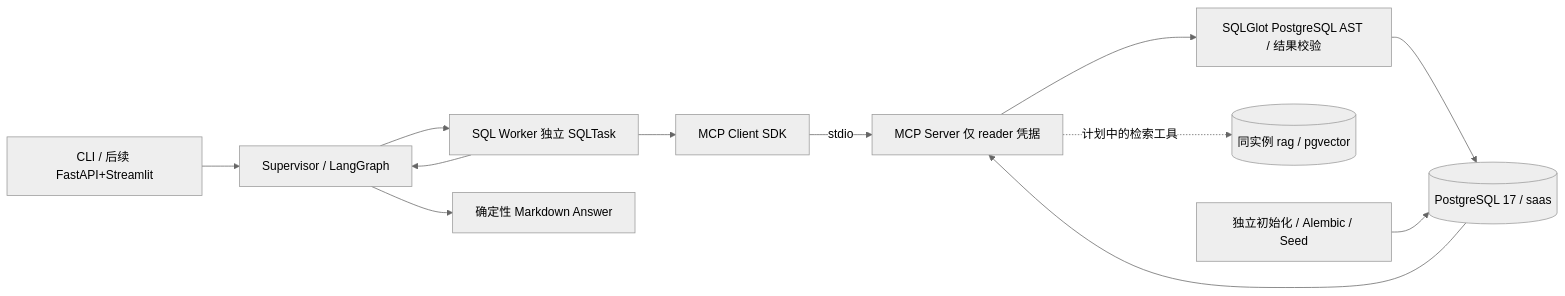
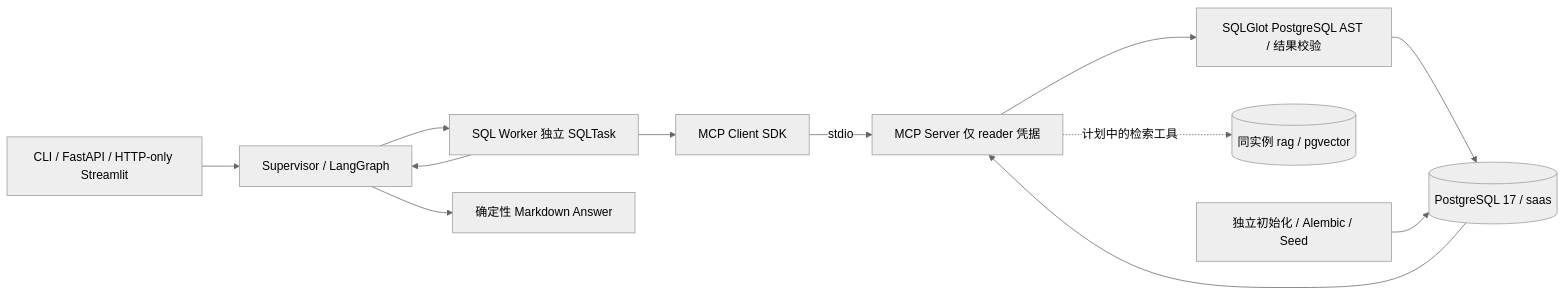
One commit to zouradiant-dev/datapilot-pro changed the first of 6 diagrams in docs/architecture.md. Above: the diagram before and after it, drawn with Mermaid (neutral theme). The commit also changed other lines of this file and 41 other files, not shown here.

````diff
--- a/docs/architecture.md
+++ b/docs/architecture.md
@@ -11,14 +11,14 @@
 ```mermaid
 flowchart LR
-    CLI[CLI / 后续 FastAPI+Streamlit] --> S[Supervisor / LangGraph]
+    CLI[CLI / FastAPI / HTTP-only Streamlit] --> S[Supervisor / LangGraph]
     S --> Q[SQL Worker 独立 SQLTask]
     Q --> C[MCP Client SDK]
     C -- stdio --> M[MCP Server 仅 reader 凭据]
     M --> V[SQLGlot PostgreSQL AST / 结果校验]
     V --> DB[(PostgreSQL 17 / saas)]
     DB --> M
     Q --> S
     S --> A[确定性 Markdown Answer]
     M -. 计划中的检索工具 .-> R[(同实例 rag / pgvector)]
     ADMIN[独立初始化 / Alembic / Seed] --> DB
 ```
````
